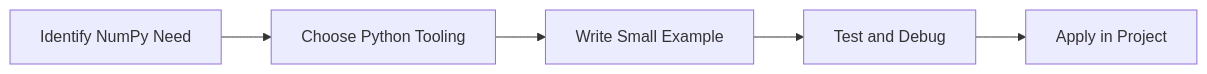
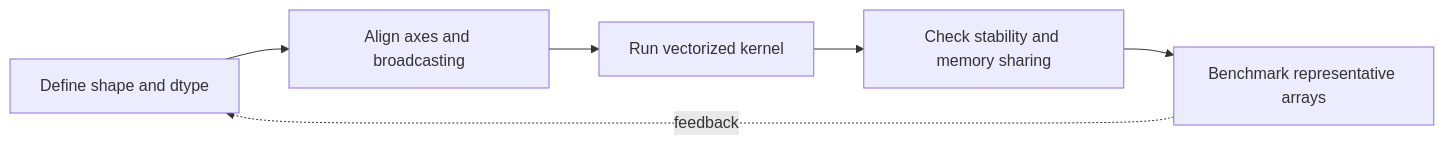
The diagram in Python-Mastery/Advanced/21-numpy.md (SYMOIZ/E-Learning-Portal), drawn with Mermaid before and after one commit. The commit also changed other lines of this file and 116 other files, not shown here.

````diff
--- a/Python-Mastery/Advanced/21-numpy.md
+++ b/Python-Mastery/Advanced/21-numpy.md
@@ -129,7 +145,8 @@
 ```mermaid
 flowchart LR
-    A[Identify NumPy Need] --> B[Choose Python Tooling]
-    B --> C[Write Small Example]
-    C --> D[Test and Debug]
-    D --> E[Apply in Project]
+    A[Define shape and dtype] --> B[Align axes and broadcasting]
+    B --> C[Run vectorized kernel]
+    C --> D[Check stability and memory sharing]
+    D --> E[Benchmark representative arrays]
+    E -. feedback .-> A
 ```
````
